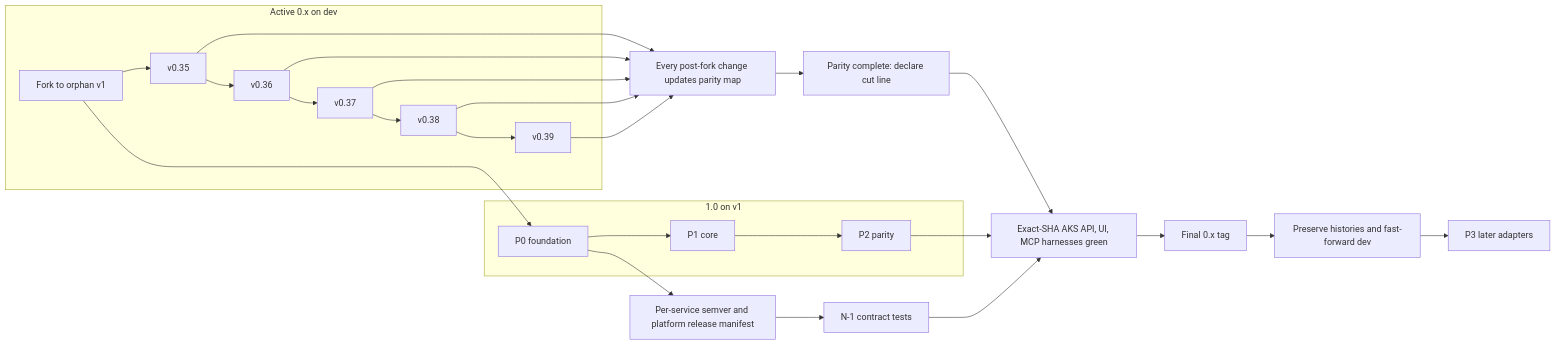
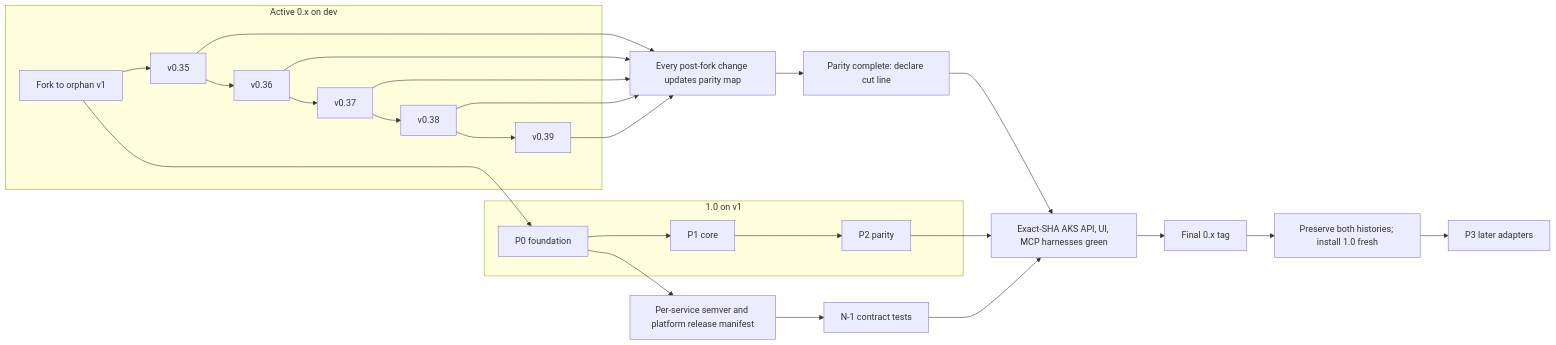
One commit to sabbour/agentweaver changed the third of 3 diagrams in docs/architecture/decisions/0001-platform-architecture.md. Above: the diagram before and after it, drawn with Mermaid. The commit also changed other lines of this file and 1 other file, not shown here.

Commit message:
docs(architecture): remove cutover merge-order notes

````diff
--- a/docs/architecture/decisions/0001-platform-architecture.md
+++ b/docs/architecture/decisions/0001-platform-architecture.md
@@ -272,24 +270,24 @@
 ```mermaid
 flowchart LR
     subgraph Legacy["Active 0.x on dev"]
         Fork["Fork to orphan v1"] --> V35["v0.35"] --> V36["v0.36"] --> V37["v0.37"] --> V38["v0.38"] --> V39["v0.39"]
     end
     subgraph New["1.0 on v1"]
         P0["P0 foundation"] --> P1["P1 core"] --> P2["P2 parity"]
     end
     Fork --> P0
     V35 --> Parity["Every post-fork change updates parity map"]
     V36 --> Parity
     V37 --> Parity
     V38 --> Parity
     V39 --> Parity
     P0 --> Release["Per-service semver and platform release manifest"]
     Release --> Contracts["N-1 contract tests"]
     Parity --> CutLine["Parity complete: declare cut line"]
     CutLine --> Gate["Exact-SHA AKS API, UI, MCP harnesses green"]
     P2 --> Gate
     Contracts --> Gate
     Gate --> Tag["Final 0.x tag"]
-    Tag --> Cutover["Preserve histories and fast-forward dev"]
+    Tag --> Cutover["Preserve both histories; install 1.0 fresh"]
     Cutover --> P3["P3 later adapters"]
 ```
````
